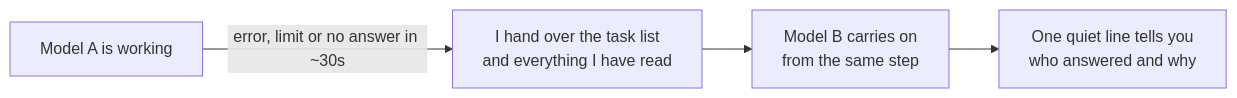
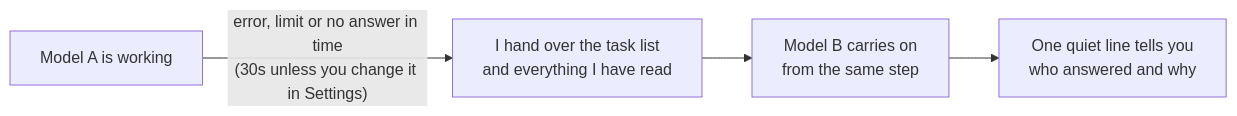
One commit to AnfalHaider/bunny-ai changed the second of 3 diagrams in README.md. Above: the diagram before and after it, drawn with Mermaid. The commit also changed other lines of this file and 11 other files, not shown here.

````diff
--- a/README.md
+++ b/README.md
@@ -60,6 +60,6 @@
 ```mermaid
 flowchart LR
-    M1["Model A is working"] -->|"error, limit or no answer in ~30s"| H["I hand over the task list<br/>and everything I have read"]
+    M1["Model A is working"] -->|"error, limit or no answer in time<br/>(30s unless you change it in Settings)"| H["I hand over the task list<br/>and everything I have read"]
     H --> M2["Model B carries on<br/>from the same step"]
     M2 --> R["One quiet line tells you<br/>who answered and why"]
 ```
````
